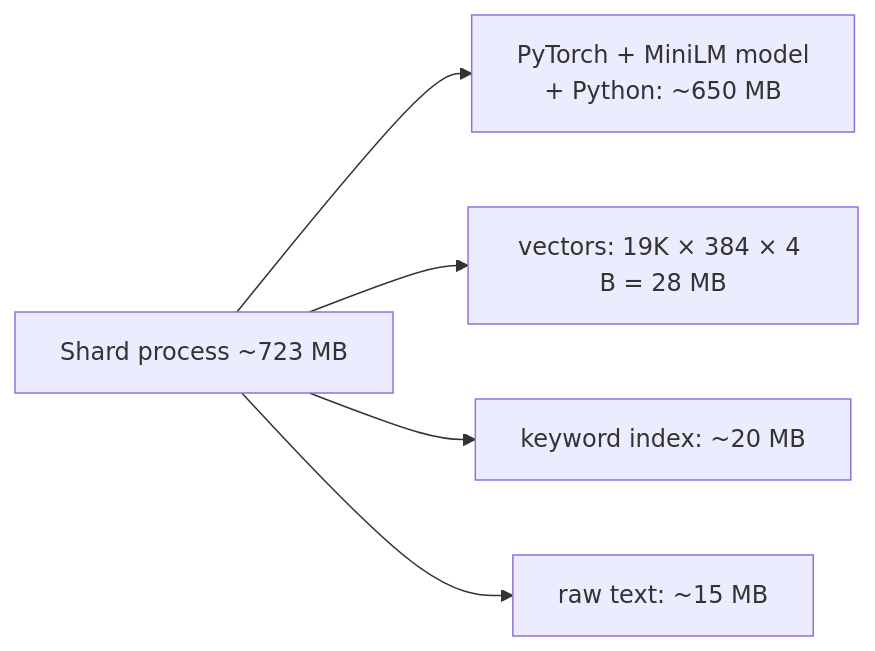
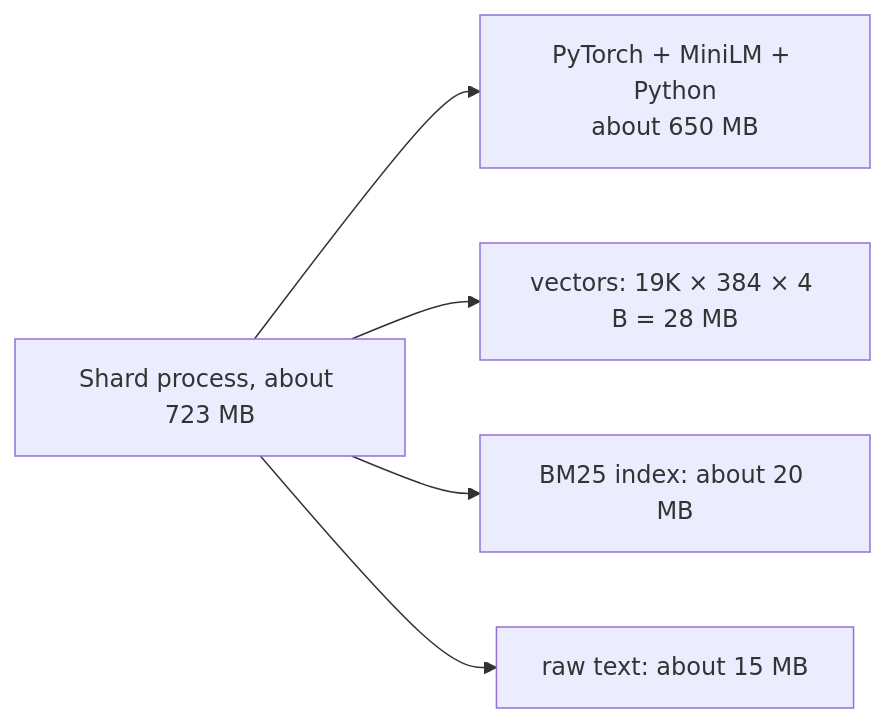
The third of 4 diagrams in docs/from_zero/02_measuring_quality_and_speed.md (node31/fiqa-agentic-retrieval), drawn with Mermaid before and after one commit. The commit also changed other lines of this file and 9 other files, not shown here.

````diff
--- a/docs/from_zero/02_measuring_quality_and_speed.md
+++ b/docs/from_zero/02_measuring_quality_and_speed.md
@@ -193,7 +136,7 @@
 ```mermaid
 flowchart LR
-    P["Shard process ~723 MB"] --> T["PyTorch + MiniLM model<br/>+ Python: ~650 MB"]
+    P["Shard process, about 723 MB"] --> T["PyTorch + MiniLM + Python<br/>about 650 MB"]
     P --> V["vectors: 19K × 384 × 4 B = 28 MB"]
-    P --> I["keyword index: ~20 MB"]
-    P --> X["raw text: ~15 MB"]
+    P --> I["BM25 index: about 20 MB"]
+    P --> X["raw text: about 15 MB"]
 ```
````
